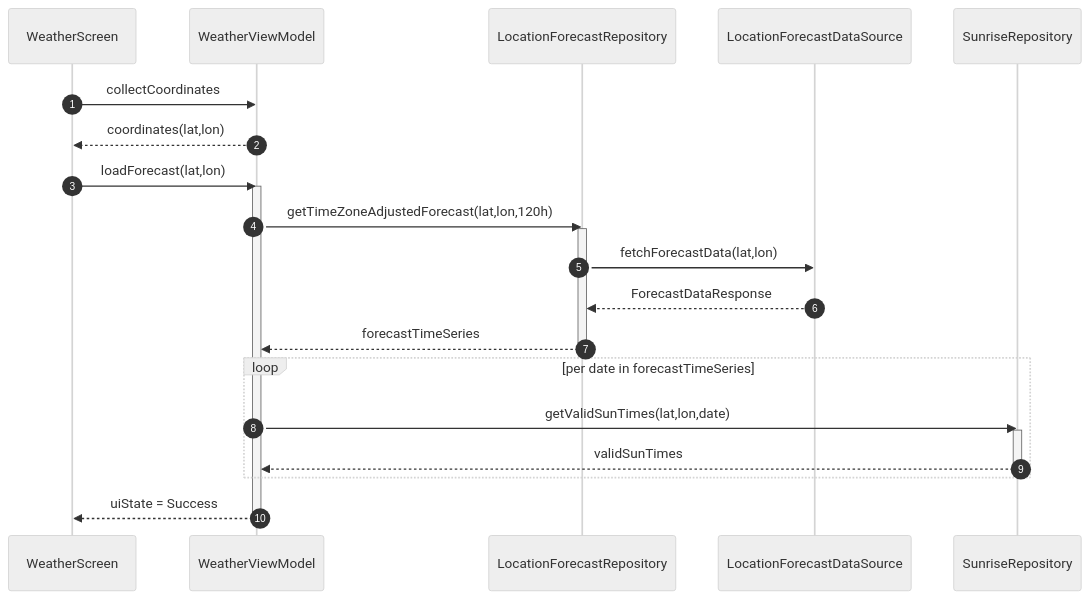
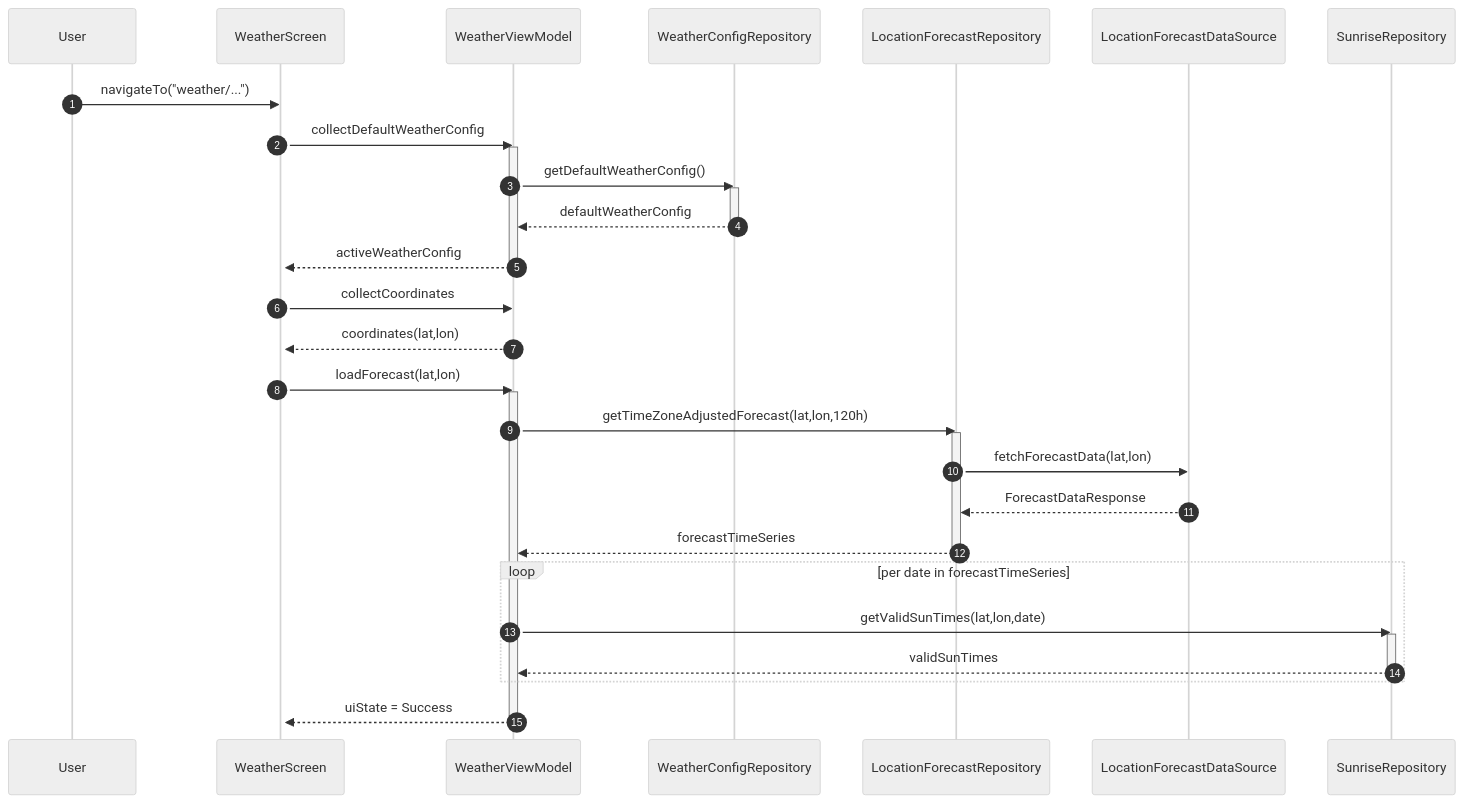
One commit to insaafmah/SOAR changed the first of 4 diagrams in MODELING.md. Above: the diagram before and after it, drawn with Mermaid (neutral theme).

Commit message:
update models

````diff
--- a/MODELING.md
+++ b/MODELING.md
@@ -22,28 +2,43 @@
 ```mermaid
 sequenceDiagram
     autonumber
+    participant User
     participant WeatherUI as WeatherScreen
     participant WeatherVM as WeatherViewModel
+    participant ConfigRepo as WeatherConfigRepository
     participant LocRepo as LocationForecastRepository
     participant ForecastDS as LocationForecastDataSource
     participant SunriseRepo as SunriseRepository
 
+    %% Initial navigation & config load
+    User->>WeatherUI: navigateTo("weather/...")  
+    activate WeatherUI
+    WeatherUI->>WeatherVM: collectDefaultWeatherConfig  
+    activate WeatherVM
+    WeatherVM->>ConfigRepo: getDefaultWeatherConfig()  
+    activate ConfigRepo
+    ConfigRepo-->>WeatherVM: defaultWeatherConfig  
+    deactivate ConfigRepo
+    WeatherVM-->>WeatherUI: activeWeatherConfig  
+    deactivate WeatherVM
+
+    %% Coordinates & forecast load
     WeatherUI->>WeatherVM: collectCoordinates  
     WeatherVM-->>WeatherUI: coordinates(lat,lon)  
     WeatherUI->>WeatherVM: loadForecast(lat,lon)  
     activate WeatherVM
     WeatherVM->>LocRepo: getTimeZoneAdjustedForecast(lat,lon,120h)  
     activate LocRepo
     LocRepo->>ForecastDS: fetchForecastData(lat,lon)  
     ForecastDS-->>LocRepo: ForecastDataResponse  
     LocRepo-->>WeatherVM: forecastTimeSeries  
     deactivate LocRepo
     loop per date in forecastTimeSeries
         WeatherVM->>SunriseRepo: getValidSunTimes(lat,lon,date)  
         activate SunriseRepo
         SunriseRepo-->>WeatherVM: validSunTimes  
         deactivate SunriseRepo
     end
     WeatherVM-->>WeatherUI: uiState = Success  
     deactivate WeatherVM
 ```
````
